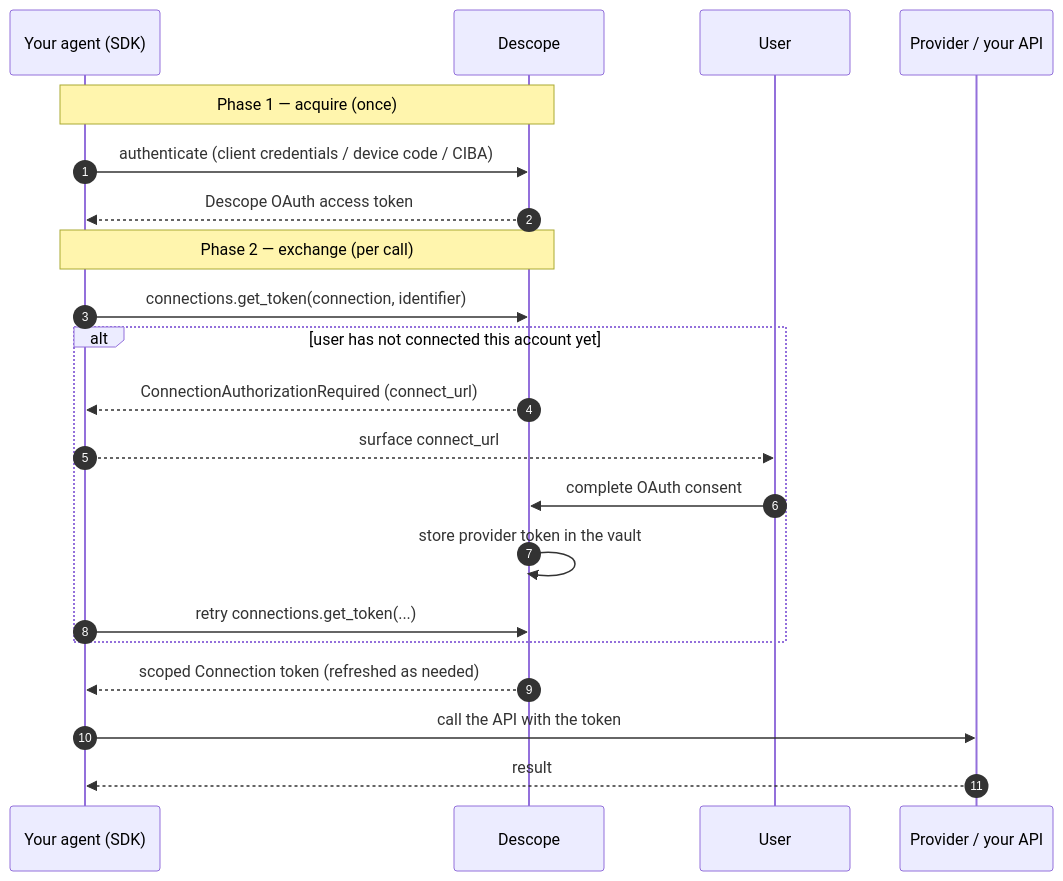
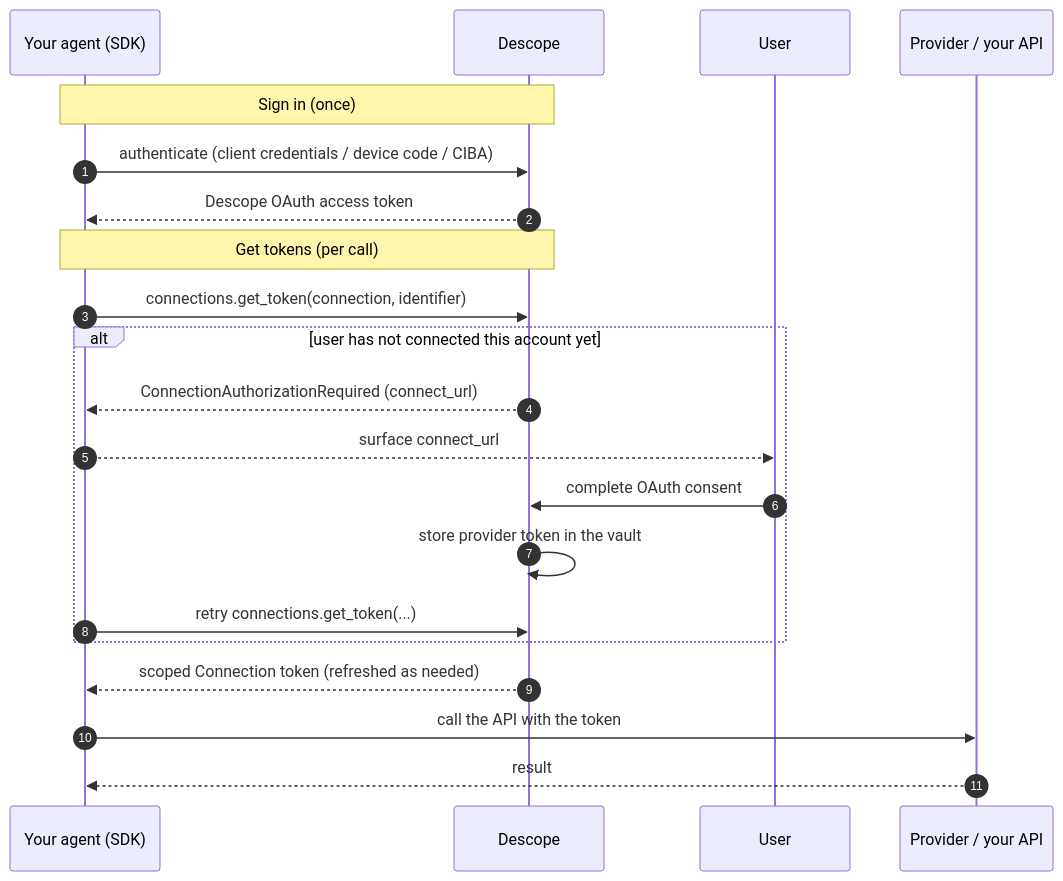
Before and after one commit to descope/descope-agent-auth: the fourth of 4 diagrams in README.md, drawn with Mermaid. The commit also changed other lines of this file and 7 other files, not shown here.

````diff
--- a/README.md
+++ b/README.md
@@ -347,25 +315,25 @@
 ```mermaid
 sequenceDiagram
     autonumber
     participant Agent as Your agent (SDK)
     participant Descope
     participant User
     participant Service as Provider / your API
 
-    Note over Agent,Descope: Phase 1 — acquire (once)
+    Note over Agent,Descope: Sign in (once)
     Agent->>Descope: authenticate (client credentials / device code / CIBA)
     Descope-->>Agent: Descope OAuth access token
 
-    Note over Agent,Descope: Phase 2 — exchange (per call)
+    Note over Agent,Descope: Get tokens (per call)
     Agent->>Descope: connections.get_token(connection, identifier)
     alt user has not connected this account yet
         Descope-->>Agent: ConnectionAuthorizationRequired (connect_url)
         Agent-->>User: surface connect_url
         User->>Descope: complete OAuth consent
         Descope->>Descope: store provider token in the vault
         Agent->>Descope: retry connections.get_token(...)
     end
     Descope-->>Agent: scoped Connection token (refreshed as needed)
     Agent->>Service: call the API with the token
     Service-->>Agent: result
 ```
````
